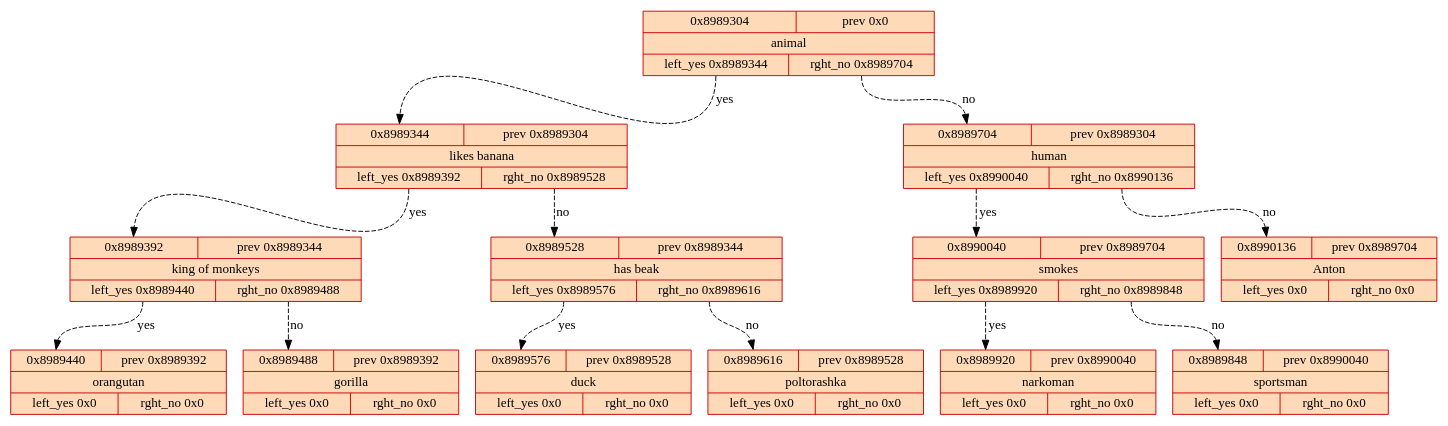
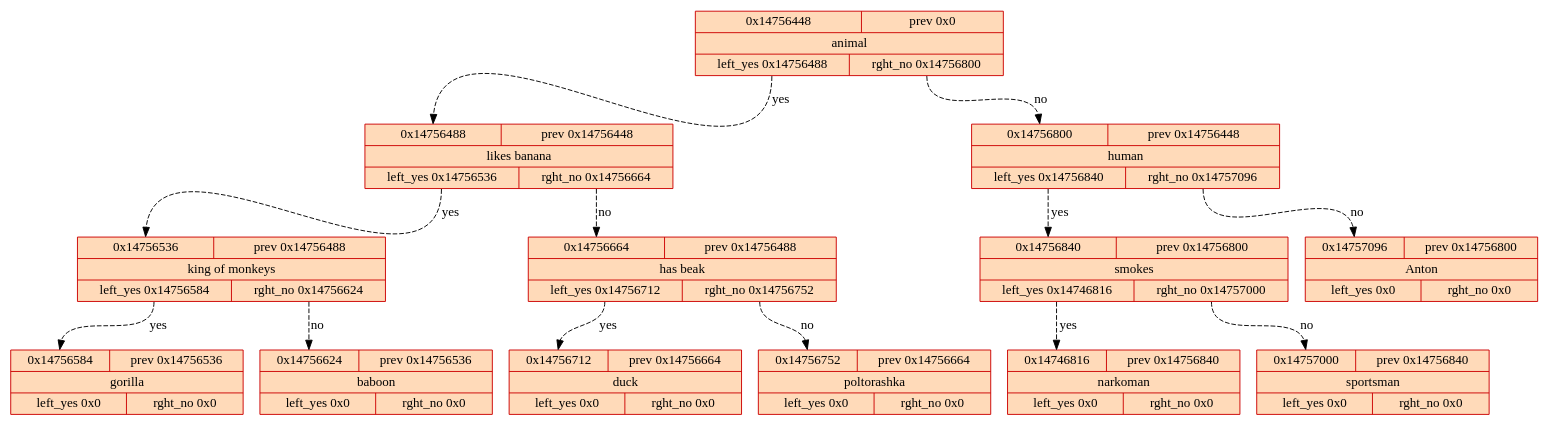
Before and after one commit to Art8mish/Akinator: the diagram in tree_graph.gv, drawn with Graphviz. The commit also changed 33 other files, not shown here.

```diff
--- a/tree_graph.gv
+++ b/tree_graph.gv
@@ -1,29 +1,29 @@
 digraph tree{
 	rankdir=TB;
 spline = ortho;
-	8989304[style="filled",fillcolor="peachpuff"shape=record,color=red3,label="{{<f0> 0x8989304 |<f3>prev 0x0}|animal|{<f2>left_yes 0x8989344 | <f1>rght_no 0x8989704}}"]
-	8989304:<f2>:s->8989344:<f0>:n[weight = 1, constraint=true, style="dashed", label="yes"]
-	8989304:<f1>:s->8989704:<f0>:n[weight = 1, constraint=true, style="dashed", label="no"]
-	8989704[style="filled",fillcolor="peachpuff"shape=record,color=red3,label="{{<f0> 0x8989704 |<f3>prev 0x8989304}|human|{<f2>left_yes 0x8990040 | <f1>rght_no 0x8990136}}"]
-	8989704:<f2>:s->8990040:<f0>:n[weight = 1, constraint=true, style="dashed", label="yes"]
-	8989704:<f1>:s->8990136:<f0>:n[weight = 1, constraint=true, style="dashed", label="no"]
-	8990136[style="filled",fillcolor="peachpuff"shape=record,color=red3,label="{{<f0> 0x8990136 |<f3>prev 0x8989704}|Anton|{<f2>left_yes 0x0 | <f1>rght_no 0x0}}"]
-	8990040[style="filled",fillcolor="peachpuff"shape=record,color=red3,label="{{<f0> 0x8990040 |<f3>prev 0x8989704}|smokes|{<f2>left_yes 0x8989920 | <f1>rght_no 0x8989848}}"]
-	8990040:<f2>:s->8989920:<f0>:n[weight = 1, constraint=true, style="dashed", label="yes"]
-	8990040:<f1>:s->8989848:<f0>:n[weight = 1, constraint=true, style="dashed", label="no"]
-	8989848[style="filled",fillcolor="peachpuff"shape=record,color=red3,label="{{<f0> 0x8989848 |<f3>prev 0x8990040}|sportsman|{<f2>left_yes 0x0 | <f1>rght_no 0x0}}"]
-	8989920[style="filled",fillcolor="peachpuff"shape=record,color=red3,label="{{<f0> 0x8989920 |<f3>prev 0x8990040}|narkoman|{<f2>left_yes 0x0 | <f1>rght_no 0x0}}"]
-	8989344[style="filled",fillcolor="peachpuff"shape=record,color=red3,label="{{<f0> 0x8989344 |<f3>prev 0x8989304}|likes banana|{<f2>left_yes 0x8989392 | <f1>rght_no 0x8989528}}"]
-	8989344:<f2>:s->8989392:<f0>:n[weight = 1, constraint=true, style="dashed", label="yes"]
-	8989344:<f1>:s->8989528:<f0>:n[weight = 1, constraint=true, style="dashed", label="no"]
-	8989528[style="filled",fillcolor="peachpuff"shape=record,color=red3,label="{{<f0> 0x8989528 |<f3>prev 0x8989344}|has beak|{<f2>left_yes 0x8989576 | <f1>rght_no 0x8989616}}"]
-	8989528:<f2>:s->8989576:<f0>:n[weight = 1, constraint=true, style="dashed", label="yes"]
-	8989528:<f1>:s->8989616:<f0>:n[weight = 1, constraint=true, style="dashed", label="no"]
-	8989616[style="filled",fillcolor="peachpuff"shape=record,color=red3,label="{{<f0> 0x8989616 |<f3>prev 0x8989528}|poltorashka|{<f2>left_yes 0x0 | <f1>rght_no 0x0}}"]
-	8989576[style="filled",fillcolor="peachpuff"shape=record,color=red3,label="{{<f0> 0x8989576 |<f3>prev 0x8989528}|duck|{<f2>left_yes 0x0 | <f1>rght_no 0x0}}"]
-	8989392[style="filled",fillcolor="peachpuff"shape=record,color=red3,label="{{<f0> 0x8989392 |<f3>prev 0x8989344}|king of monkeys|{<f2>left_yes 0x8989440 | <f1>rght_no 0x8989488}}"]
-	8989392:<f2>:s->8989440:<f0>:n[weight = 1, constraint=true, style="dashed", label="yes"]
-	8989392:<f1>:s->8989488:<f0>:n[weight = 1, constraint=true, style="dashed", label="no"]
-	8989488[style="filled",fillcolor="peachpuff"shape=record,color=red3,label="{{<f0> 0x8989488 |<f3>prev 0x8989392}|gorilla|{<f2>left_yes 0x0 | <f1>rght_no 0x0}}"]
-	8989440[style="filled",fillcolor="peachpuff"shape=record,color=red3,label="{{<f0> 0x8989440 |<f3>prev 0x8989392}|orangutan|{<f2>left_yes 0x0 | <f1>rght_no 0x0}}"]
+	14756448[style="filled",fillcolor="peachpuff"shape=record,color=red3,label="{{<f0> 0x14756448 |<f3>prev 0x0}|animal|{<f2>left_yes 0x14756488 | <f1>rght_no 0x14756800}}"]
+	14756448:<f2>:s->14756488:<f0>:n[weight = 1, constraint=true, style="dashed", label="yes"]
+	14756448:<f1>:s->14756800:<f0>:n[weight = 1, constraint=true, style="dashed", label="no"]
+	14756800[style="filled",fillcolor="peachpuff"shape=record,color=red3,label="{{<f0> 0x14756800 |<f3>prev 0x14756448}|human|{<f2>left_yes 0x14756840 | <f1>rght_no 0x14757096}}"]
+	14756800:<f2>:s->14756840:<f0>:n[weight = 1, constraint=true, style="dashed", label="yes"]
+	14756800:<f1>:s->14757096:<f0>:n[weight = 1, constraint=true, style="dashed", label="no"]
+	14757096[style="filled",fillcolor="peachpuff"shape=record,color=red3,label="{{<f0> 0x14757096 |<f3>prev 0x14756800}|Anton|{<f2>left_yes 0x0 | <f1>rght_no 0x0}}"]
+	14756840[style="filled",fillcolor="peachpuff"shape=record,color=red3,label="{{<f0> 0x14756840 |<f3>prev 0x14756800}|smokes|{<f2>left_yes 0x14746816 | <f1>rght_no 0x14757000}}"]
+	14756840:<f2>:s->14746816:<f0>:n[weight = 1, constraint=true, style="dashed", label="yes"]
+	14756840:<f1>:s->14757000:<f0>:n[weight = 1, constraint=true, style="dashed", label="no"]
+	14757000[style="filled",fillcolor="peachpuff"shape=record,color=red3,label="{{<f0> 0x14757000 |<f3>prev 0x14756840}|sportsman|{<f2>left_yes 0x0 | <f1>rght_no 0x0}}"]
+	14746816[style="filled",fillcolor="peachpuff"shape=record,color=red3,label="{{<f0> 0x14746816 |<f3>prev 0x14756840}|narkoman|{<f2>left_yes 0x0 | <f1>rght_no 0x0}}"]
+	14756488[style="filled",fillcolor="peachpuff"shape=record,color=red3,label="{{<f0> 0x14756488 |<f3>prev 0x14756448}|likes banana|{<f2>left_yes 0x14756536 | <f1>rght_no 0x14756664}}"]
+	14756488:<f2>:s->14756536:<f0>:n[weight = 1, constraint=true, style="dashed", label="yes"]
+	14756488:<f1>:s->14756664:<f0>:n[weight = 1, constraint=true, style="dashed", label="no"]
+	14756664[style="filled",fillcolor="peachpuff"shape=record,color=red3,label="{{<f0> 0x14756664 |<f3>prev 0x14756488}|has beak|{<f2>left_yes 0x14756712 | <f1>rght_no 0x14756752}}"]
+	14756664:<f2>:s->14756712:<f0>:n[weight = 1, constraint=true, style="dashed", label="yes"]
+	14756664:<f1>:s->14756752:<f0>:n[weight = 1, constraint=true, style="dashed", label="no"]
+	14756752[style="filled",fillcolor="peachpuff"shape=record,color=red3,label="{{<f0> 0x14756752 |<f3>prev 0x14756664}|poltorashka|{<f2>left_yes 0x0 | <f1>rght_no 0x0}}"]
+	14756712[style="filled",fillcolor="peachpuff"shape=record,color=red3,label="{{<f0> 0x14756712 |<f3>prev 0x14756664}|duck|{<f2>left_yes 0x0 | <f1>rght_no 0x0}}"]
+	14756536[style="filled",fillcolor="peachpuff"shape=record,color=red3,label="{{<f0> 0x14756536 |<f3>prev 0x14756488}|king of monkeys|{<f2>left_yes 0x14756584 | <f1>rght_no 0x14756624}}"]
+	14756536:<f2>:s->14756584:<f0>:n[weight = 1, constraint=true, style="dashed", label="yes"]
+	14756536:<f1>:s->14756624:<f0>:n[weight = 1, constraint=true, style="dashed", label="no"]
+	14756624[style="filled",fillcolor="peachpuff"shape=record,color=red3,label="{{<f0> 0x14756624 |<f3>prev 0x14756536}|baboon|{<f2>left_yes 0x0 | <f1>rght_no 0x0}}"]
+	14756584[style="filled",fillcolor="peachpuff"shape=record,color=red3,label="{{<f0> 0x14756584 |<f3>prev 0x14756536}|gorilla|{<f2>left_yes 0x0 | <f1>rght_no 0x0}}"]
 }
```
